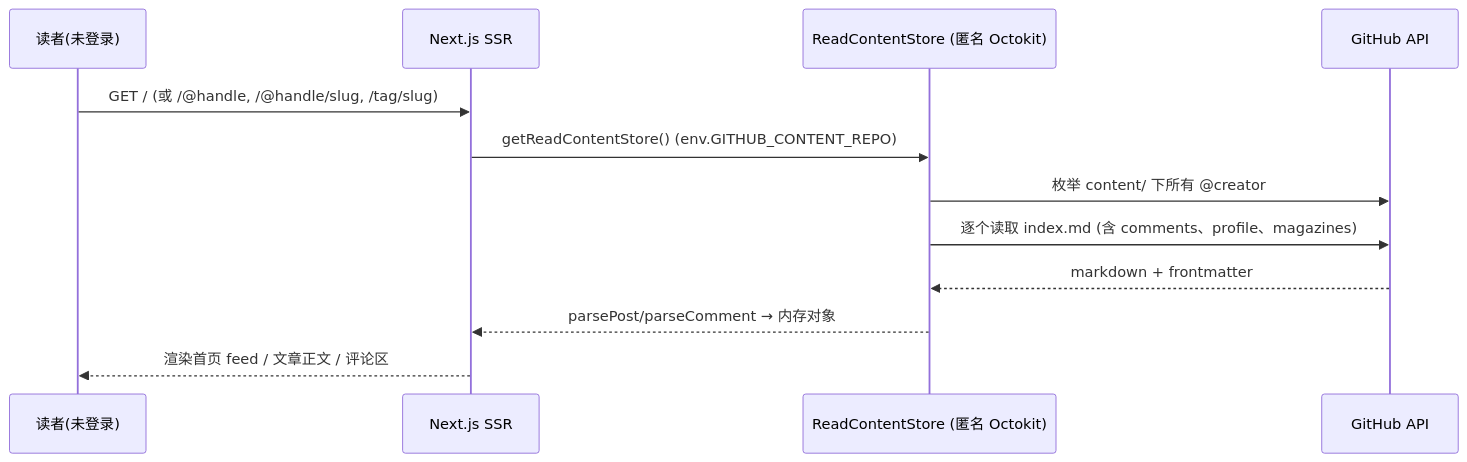
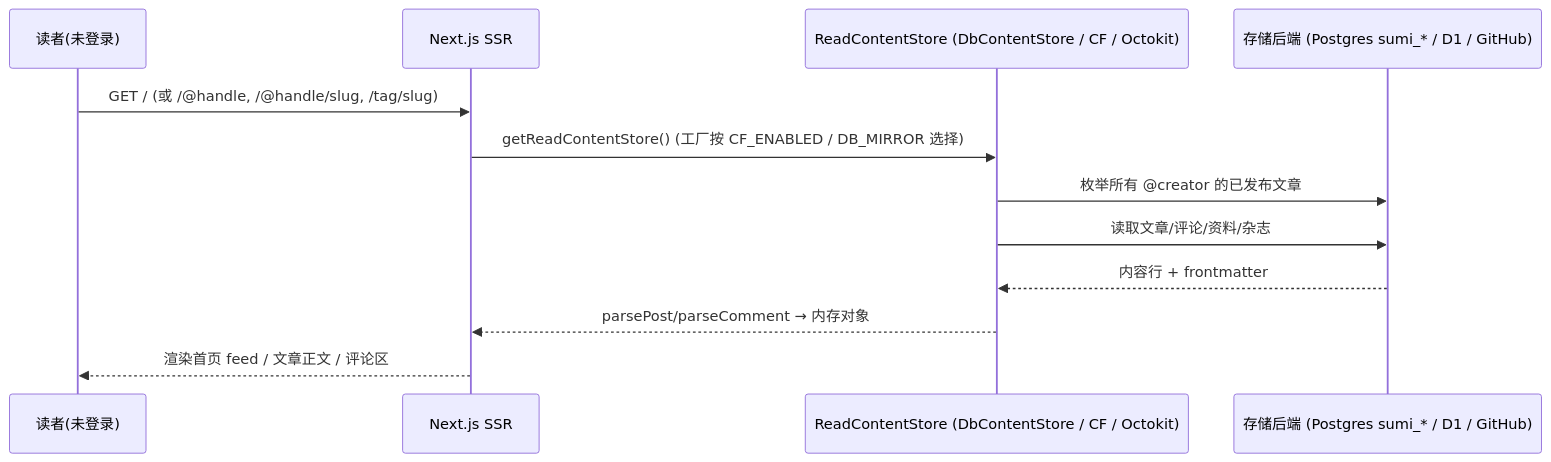
One commit to fuyucn/sumi changed the fifth of 11 diagrams in docs/ARCHITECTURE.md. Above: the diagram before and after it, drawn with Mermaid. The commit also changed other lines of this file and 9 other files, not shown here.

First line of the commit message:
docs: align storage docs with Postgres-first (no GitHub repo needed)

````diff
--- a/docs/ARCHITECTURE.md
+++ b/docs/ARCHITECTURE.md
@@ -244,15 +255,15 @@
 ```mermaid
 sequenceDiagram
     participant R as 读者(未登录)
     participant N as Next.js SSR
-    participant CS as ReadContentStore (匿名 Octokit)
-    participant G as GitHub API
+    participant CS as ReadContentStore (DbContentStore / CF / Octokit)
+    participant S as 存储后端 (Postgres sumi_* / D1 / GitHub)
 
     R->>N: GET / (或 /@handle, /@handle/slug, /tag/slug)
-    N->>CS: getReadContentStore() (env.GITHUB_CONTENT_REPO)
-    CS->>G: 枚举 content/ 下所有 @creator
-    CS->>G: 逐个读取 index.md (含 comments、profile、magazines)
-    G-->>CS: markdown + frontmatter
+    N->>CS: getReadContentStore() (工厂按 CF_ENABLED / DB_MIRROR 选择)
+    CS->>S: 枚举所有 @creator 的已发布文章
+    CS->>S: 读取文章/评论/资料/杂志
+    S-->>CS: 内容行 + frontmatter
     CS-->>N: parsePost/parseComment → 内存对象
     N-->>R: 渲染首页 feed / 文章正文 / 评论区
 ```
````
